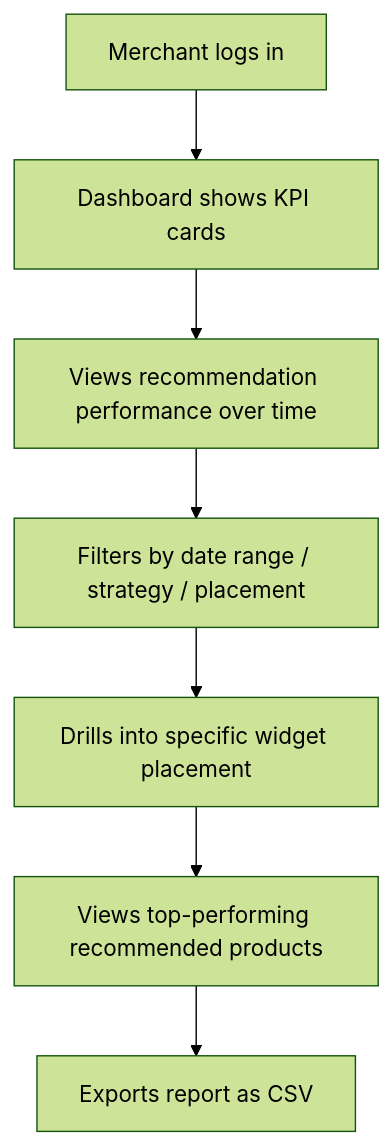
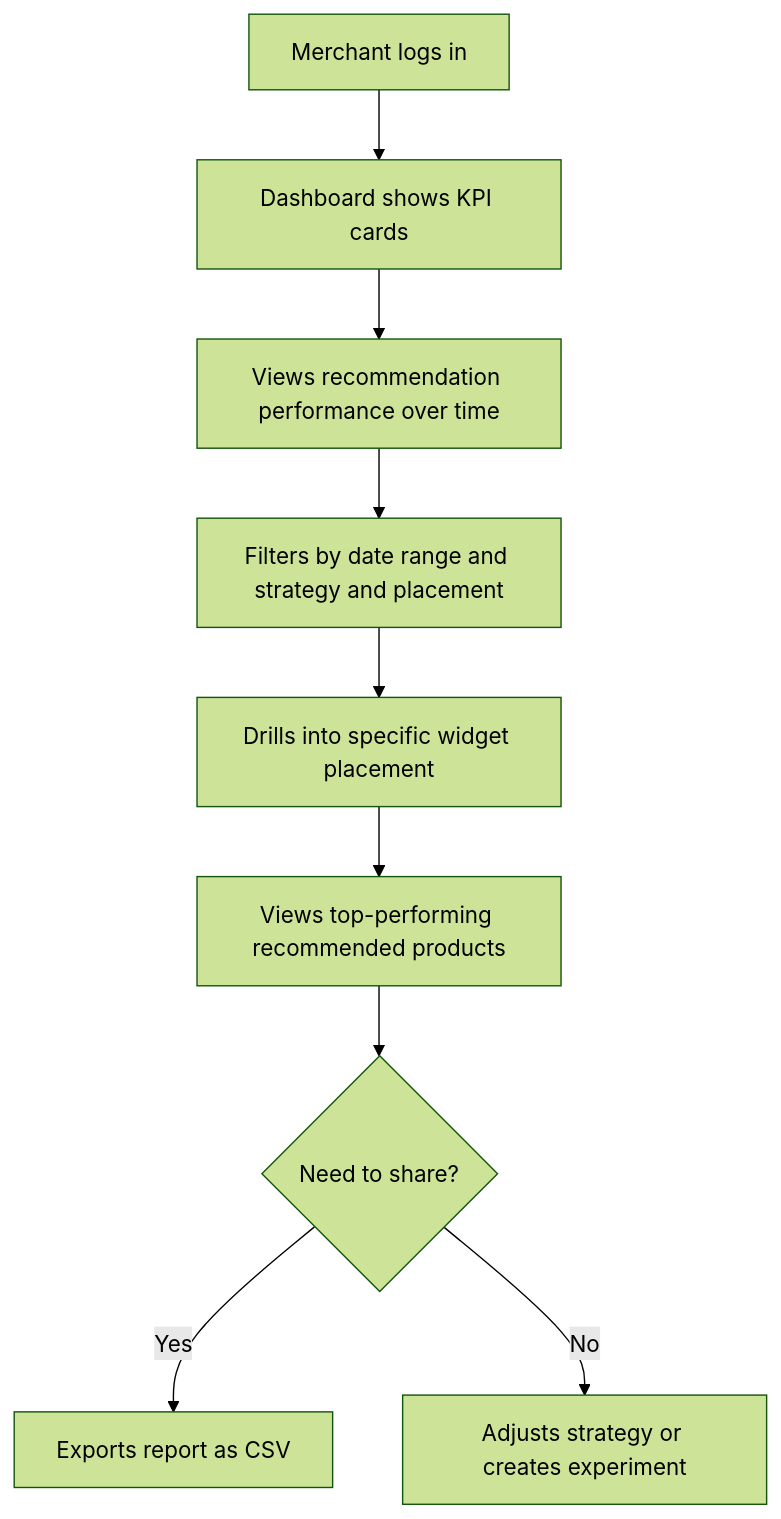
Before and after one commit to Tamoura/Claude-Code-creates-the-SW-company: the seventh of 8 diagrams in products/recomengine/docs/PRD.md, drawn with Mermaid (forest theme). The commit also changed other lines of this file and 2 other files, not shown here.

````diff
--- a/products/recomengine/docs/PRD.md
+++ b/products/recomengine/docs/PRD.md
@@ -289,9 +575,11 @@
 ```mermaid
 flowchart TD
     A[Merchant logs in] --> B[Dashboard shows KPI cards]
     B --> C[Views recommendation performance over time]
-    C --> D[Filters by date range / strategy / placement]
+    C --> D[Filters by date range and strategy and placement]
     D --> E[Drills into specific widget placement]
     E --> F[Views top-performing recommended products]
-    F --> G[Exports report as CSV]
+    F --> G{Need to share?}
+    G -->|Yes| H[Exports report as CSV]
+    G -->|No| I[Adjusts strategy or creates experiment]
 ```
````
